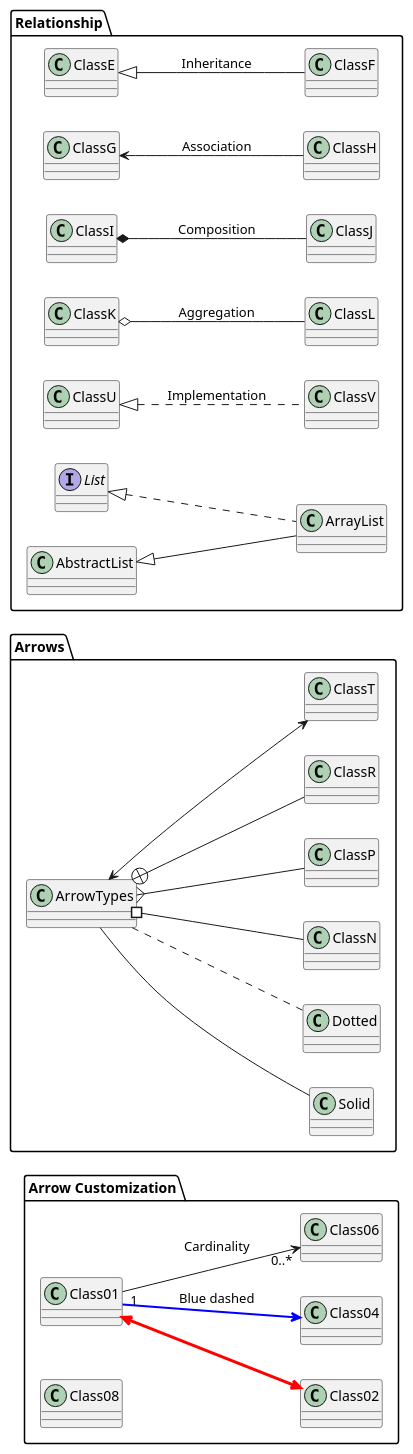
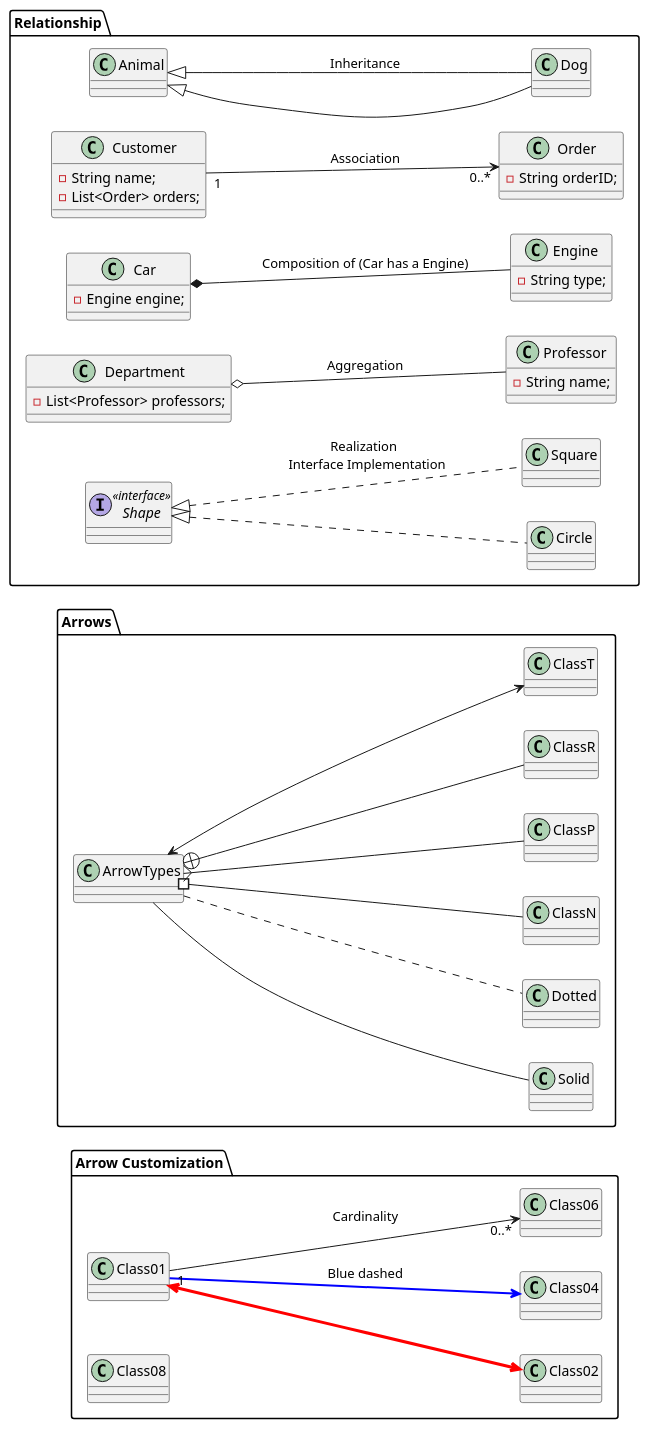
The diagram in class-diagram/relationship.puml (chaitenyay/plantuml), drawn with PlantUML before and after one commit. The commit also changed 2 other files, not shown here.

Commit message:
Read me and class diagram

```diff
--- a/class-diagram/relationship.puml
+++ b/class-diagram/relationship.puml
@@ -1,41 +1,66 @@
 @startuml class-relationship
 
 package "Arrows" {
     left to right direction
     ArrowTypes -- Solid
     ArrowTypes .. Dotted    
     ArrowTypes #-- ClassN
     ArrowTypes }-- ClassP
     ArrowTypes +-- ClassR
     ArrowTypes <--> ClassT
 }
 
 package "Relationship" {
     left to right direction
 
+    class Dog extends Animal
+    Animal <|-- Dog: Inheritance
 
-    ClassE <|-- ClassF: Inheritance
-    ClassG <-- ClassH : Association
-    ClassI *-- ClassJ : Composition
-    ClassK o-- ClassL : Aggregation
-    ClassU <|.. ClassV: Implementation
 
-    class ArrayList implements List
-    class ArrayList extends AbstractList
+    class Customer {
+        - String name;
+        - List<Order> orders;
+    }
 
+    class Order {
+        - String orderID;
+    }
+    Customer "1" --> "0..*" Order : Association
+
+
+    class Car {
+        - Engine engine;
+    }
+    class Engine {
+        - String type;
+    }    
+    Car *-- Engine : Composition of (Car has a Engine)
+
+
+
+    class Department {
+        - List<Professor> professors;
+    }
+
+    class Professor {
+        - String name;
+    }
+    Department o-- Professor : Aggregation
+
+
+
+    interface Shape <<interface>> 
+    class Circle implements Shape {}
+    Shape <|.. Square: Realization \n Interface Implementation
 }
 
 
 package "Arrow Customization" {
     left to right direction
     Class01 <-[#red,thickness=3]-> Class02
     Class01 -[#blue,dotted,bold]-> Class04 : Blue dashed
     Class01 "1" --> "0..*" Class06: Cardinality
     Class01 -left[hidden]- Class08: Hidden line for adjustment
-       
 }
         
-    
-
-
 @endum
```
